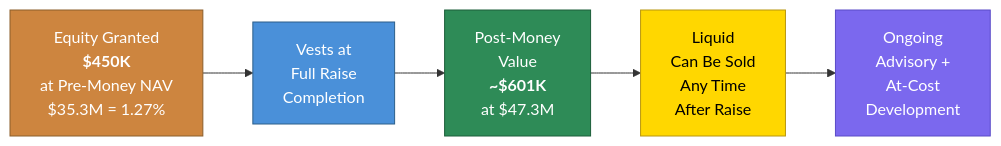
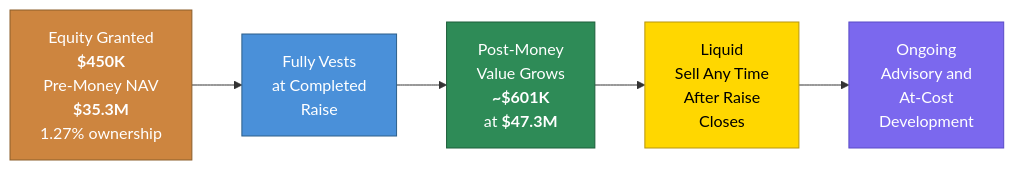
Before and after one commit to Light-Brands/brand-factory: the fourth of 11 diagrams in brands-reorg/cho-ventures-ai/spec/pricing/final-pricing-strategy.md, drawn with Mermaid. The commit also changed other lines of this file and 1 other file, not shown here.

First line of the commit message:
Fix Mermaid diagram text wrapping to prevent label cutoff

````diff
--- a/brands-reorg/cho-ventures-ai/spec/pricing/final-pricing-strategy.md
+++ b/brands-reorg/cho-ventures-ai/spec/pricing/final-pricing-strategy.md
@@ -348,13 +348,13 @@
 ```mermaid
 flowchart LR
-    GRANT["Equity Granted<br/><b>$450K</b><br/>at Pre-Money NAV<br/>$35.3M = 1.27%"] --> VEST["Vests at<br/>Full Raise<br/>Completion"]
-    VEST --> POST["Post-Money<br/>Value<br/><b>~$601K</b><br/>at $47.3M"]
-    POST --> LIQUID["Liquid<br/>Can Be Sold<br/>Any Time<br/>After Raise"]
-    LIQUID --> ONGOING["Ongoing<br/>Advisory +<br/>At-Cost<br/>Development"]
+    GRANT["Equity Granted<br/><b>$450K</b><br/>Pre-Money NAV<br/><b>$35.3M</b><br/>1.27% ownership"] --> VEST["Fully Vests<br/>at Completed<br/>Raise"]
+    VEST --> POST["Post-Money<br/>Value Grows<br/><b>~$601K</b><br/>at <b>$47.3M</b>"]
+    POST --> LIQUID["Liquid<br/>Sell Any Time<br/>After Raise<br/>Closes"]
+    LIQUID --> ONGOING["Ongoing<br/>Advisory and<br/>At-Cost<br/>Development"]
 
     style GRANT fill:#CD853F,stroke:#8B5E2B,color:#fff
     style VEST fill:#4A90D9,stroke:#2C5F8A,color:#fff
     style POST fill:#2E8B57,stroke:#1D5E3A,color:#fff
     style LIQUID fill:#FFD700,stroke:#B8960F,color:#000
     style ONGOING fill:#7B68EE,stroke:#5A4BC7,color:#fff
 ```
````
